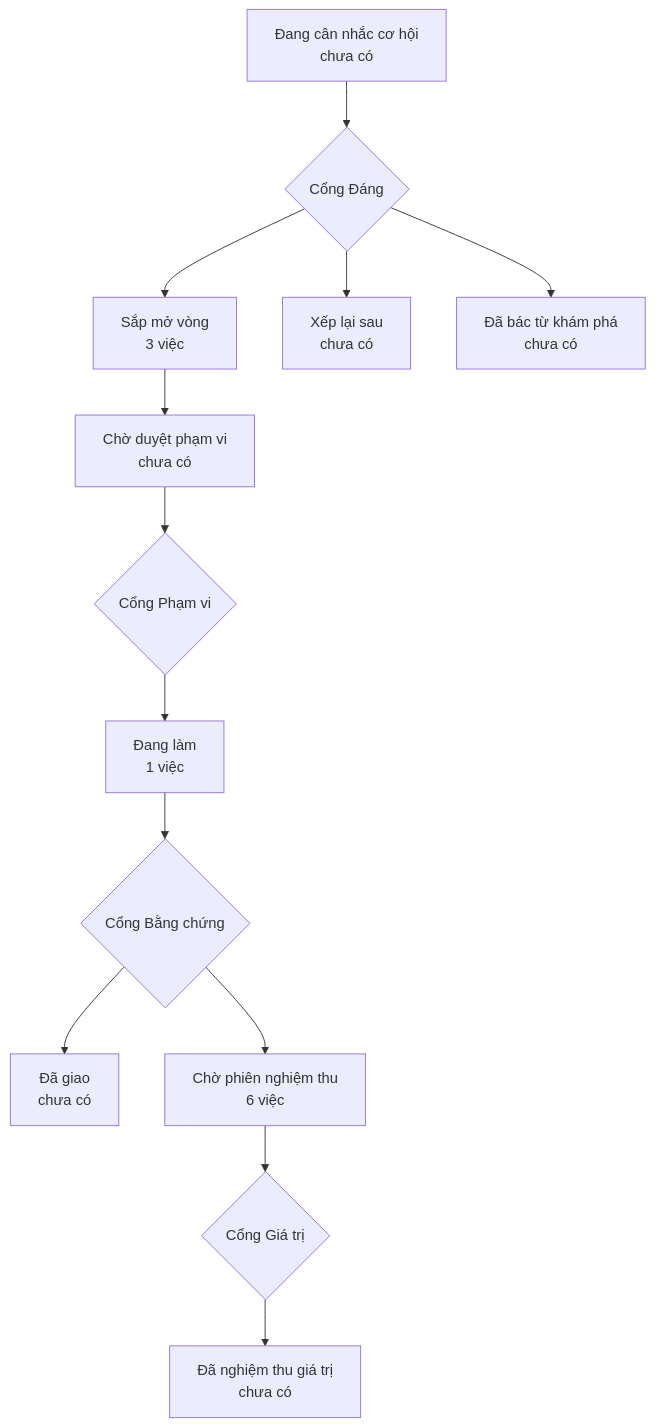
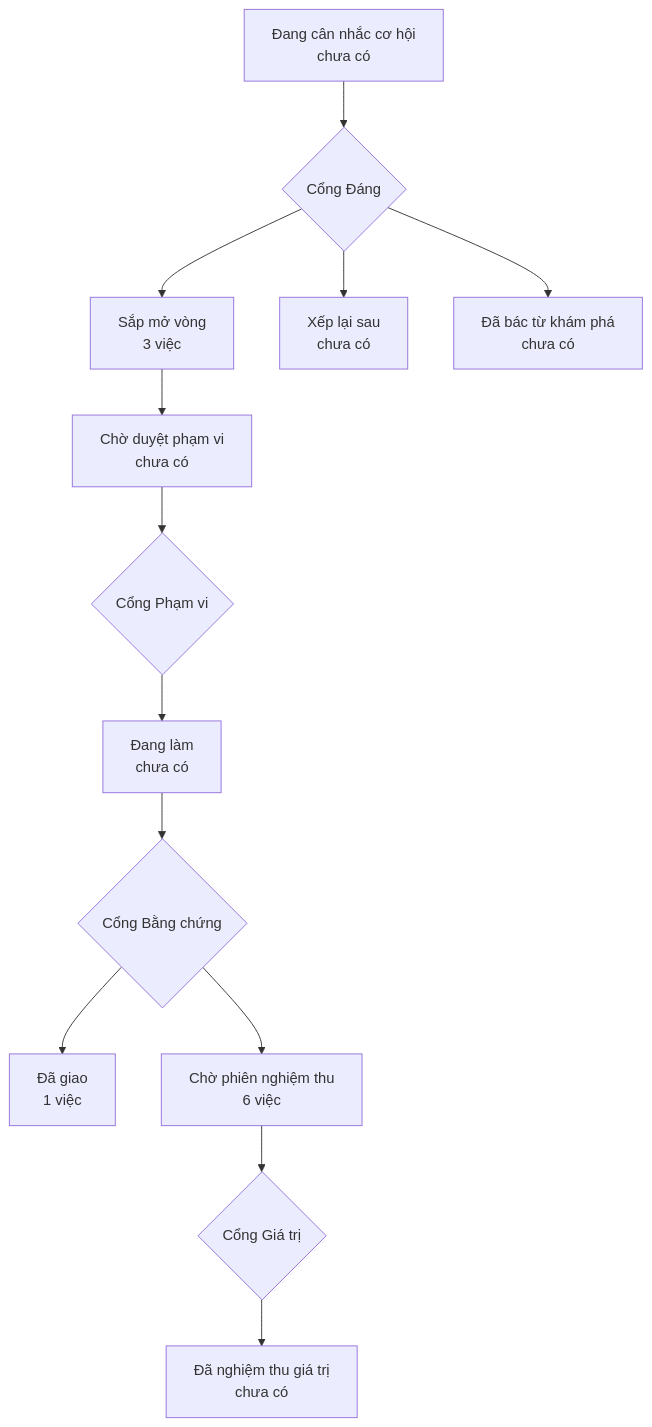
Before and after one commit to phanlemanh/onehub-quy-hang: the diagram in PRODUCT-MAP.md, drawn with Mermaid. The commit also changed other lines of this file and 4 other files, not shown here.

````diff
--- a/PRODUCT-MAP.md
+++ b/PRODUCT-MAP.md
@@ -7,12 +7,12 @@
 ```mermaid
 flowchart TD
   A["Đang cân nhắc cơ hội<br/>chưa có"] --> GD{"Cổng Đáng"}
   GD --> B["Sắp mở vòng<br/>3 việc"]
   GD --> XL["Xếp lại sau<br/>chưa có"]
   GD --> DB["Đã bác từ khám phá<br/>chưa có"]
   B --> CD["Chờ duyệt phạm vi<br/>chưa có"] --> GP{"Cổng Phạm vi"}
-  GP --> DL["Đang làm<br/>1 việc"] --> GB{"Cổng Bằng chứng"}
-  GB --> DG["Đã giao<br/>chưa có"]
+  GP --> DL["Đang làm<br/>chưa có"] --> GB{"Cổng Bằng chứng"}
+  GB --> DG["Đã giao<br/>1 việc"]
   GB --> CN["Chờ phiên nghiệm thu<br/>6 việc"] --> GG{"Cổng Giá trị"}
   GG --> NT["Đã nghiệm thu giá trị<br/>chưa có"]
 ```
````
